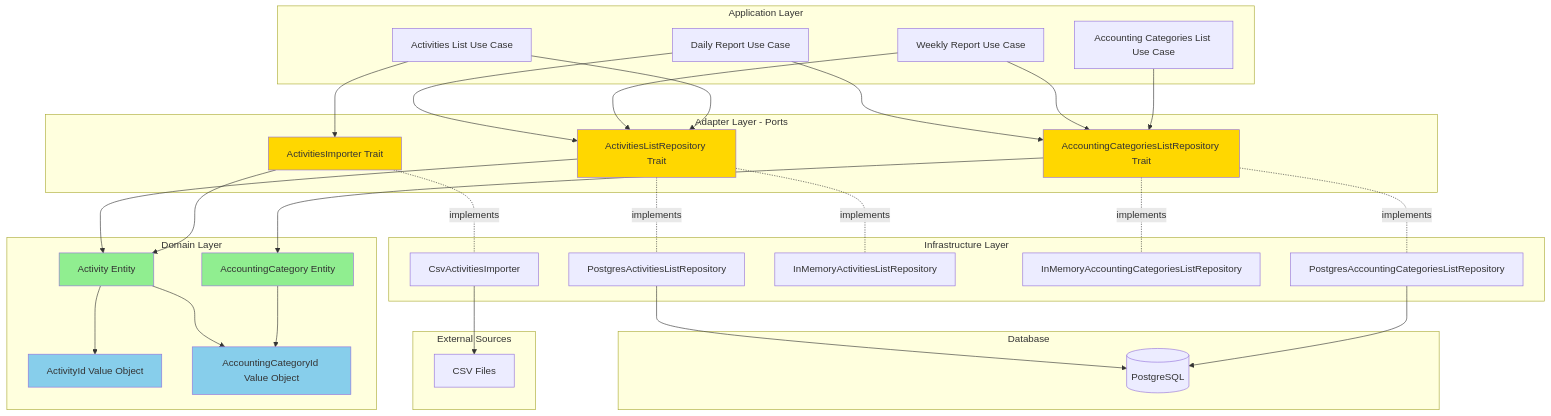
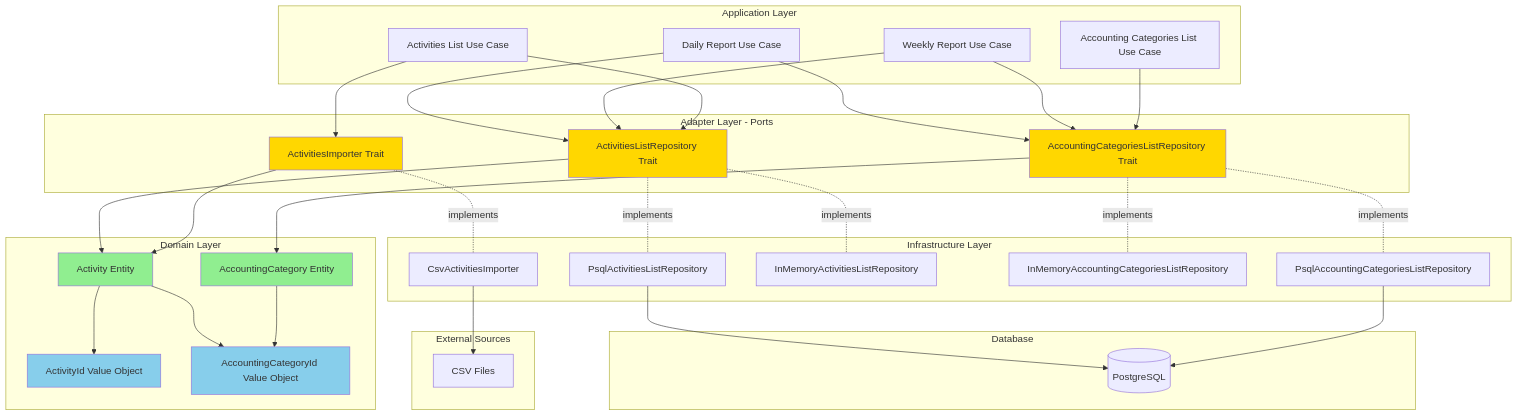
The third of 5 diagrams in doc/features/work-pulse-domain-model-diagrams.md (walter76/work-pulse), drawn with Mermaid before and after one commit. The commit also changed 4 other files, not shown here.

Commit message:
docs: architecture documentation review and update

````diff
--- a/doc/features/work-pulse-domain-model-diagrams.md
+++ b/doc/features/work-pulse-domain-model-diagrams.md
@@ -169,73 +169,73 @@
 ```mermaid
 graph TB
     subgraph "Application Layer"
         UC1[Daily Report Use Case]
         UC2[Weekly Report Use Case]
         UC3[Activities List Use Case]
         UC4[Accounting Categories List Use Case]
     end
 
     subgraph "Domain Layer"
         E1[Activity Entity]
         E2[AccountingCategory Entity]
         VO1[ActivityId Value Object]
         VO2[AccountingCategoryId Value Object]
     end
 
     subgraph "Adapter Layer - Ports"
         R1[ActivitiesListRepository Trait]
         R2[AccountingCategoriesListRepository Trait]
         I1[ActivitiesImporter Trait]
     end
 
     subgraph "Infrastructure Layer"
-        PG1[PostgresActivitiesListRepository]
-        PG2[PostgresAccountingCategoriesListRepository]
+        PG1[PsqlActivitiesListRepository]
+        PG2[PsqlAccountingCategoriesListRepository]
         MEM1[InMemoryActivitiesListRepository]
         MEM2[InMemoryAccountingCategoriesListRepository]
         CSV1[CsvActivitiesImporter]
     end
 
     subgraph "Database"
         DB[(PostgreSQL)]
     end
 
     subgraph "External Sources"
         EXT[CSV Files]
     end
 
     UC1 --> R1
     UC1 --> R2
     UC2 --> R1
     UC2 --> R2
     UC3 --> R1
     UC4 --> R2
 
     R1 -.implements.- PG1
     R1 -.implements.- MEM1
     R2 -.implements.- PG2
     R2 -.implements.- MEM2
     I1 -.implements.- CSV1
 
     UC3 --> I1
 
     E1 --> VO1
     E1 --> VO2
     E2 --> VO2
 
     R1 --> E1
     R2 --> E2
     I1 --> E1
 
     PG1 --> DB
     PG2 --> DB
     CSV1 --> EXT
 
     style E1 fill:#90EE90
     style E2 fill:#90EE90
     style VO1 fill:#87CEEB
     style VO2 fill:#87CEEB
     style R1 fill:#FFD700
     style R2 fill:#FFD700
     style I1 fill:#FFD700
 ```
````
